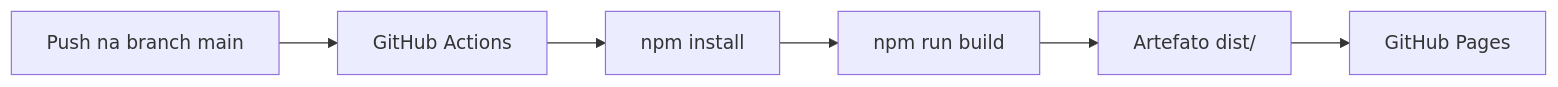
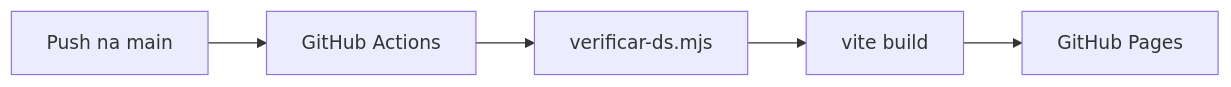
Before and after one commit to Mauriston/DoencasEPareceresJRS: the third of 4 diagrams in docs/architecture.md, drawn with Mermaid. The commit also changed other lines of this file and 4 other files, not shown here.

````diff
--- a/docs/architecture.md
+++ b/docs/architecture.md
@@ -612,11 +456,7 @@
 ```mermaid
 flowchart LR
-    DEV[Push na branch main]
-    CI[GitHub Actions]
-    NPM[npm install]
-    BUILD[npm run build]
-    DIST[Artefato dist/]
-    PAGES[GitHub Pages]
-
-    DEV --> CI --> NPM --> BUILD --> DIST --> PAGES
+    DEV[Push na main] --> CI[GitHub Actions]
+    CI --> CHK[verificar-ds.mjs]
+    CHK --> BUILD[vite build]
+    BUILD --> PAGES[GitHub Pages]
 ```
````
